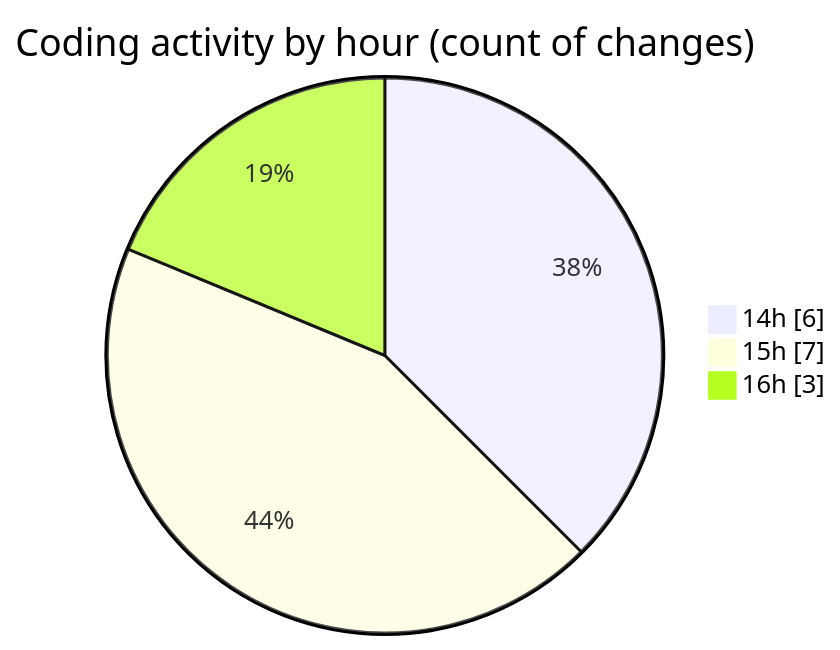
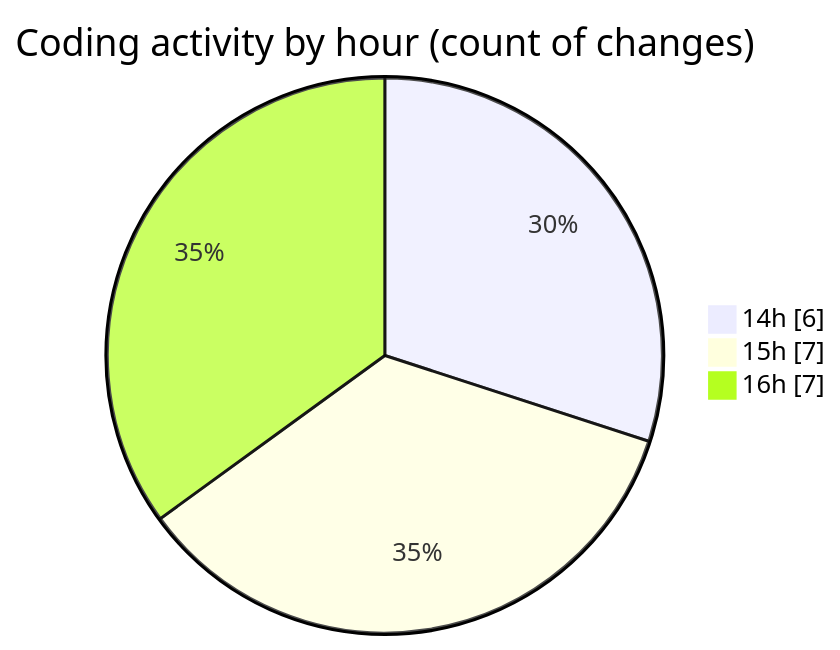
One commit to igalym/code-tracking changed the second of 2 diagrams in 2026-03-30/cinema/README.md. Above: the diagram before and after it, drawn with Mermaid. The commit also changed other lines of this file and 1 other file, not shown here.

````diff
--- a/2026-03-30/cinema/README.md
+++ b/2026-03-30/cinema/README.md
@@ -31,7 +31,7 @@
 ```mermaid
 pie showData
 title Coding activity by hour (count of changes)
 "14h" : 6
 "15h" : 7
-"16h" : 3
+"16h" : 7
 ```
````
